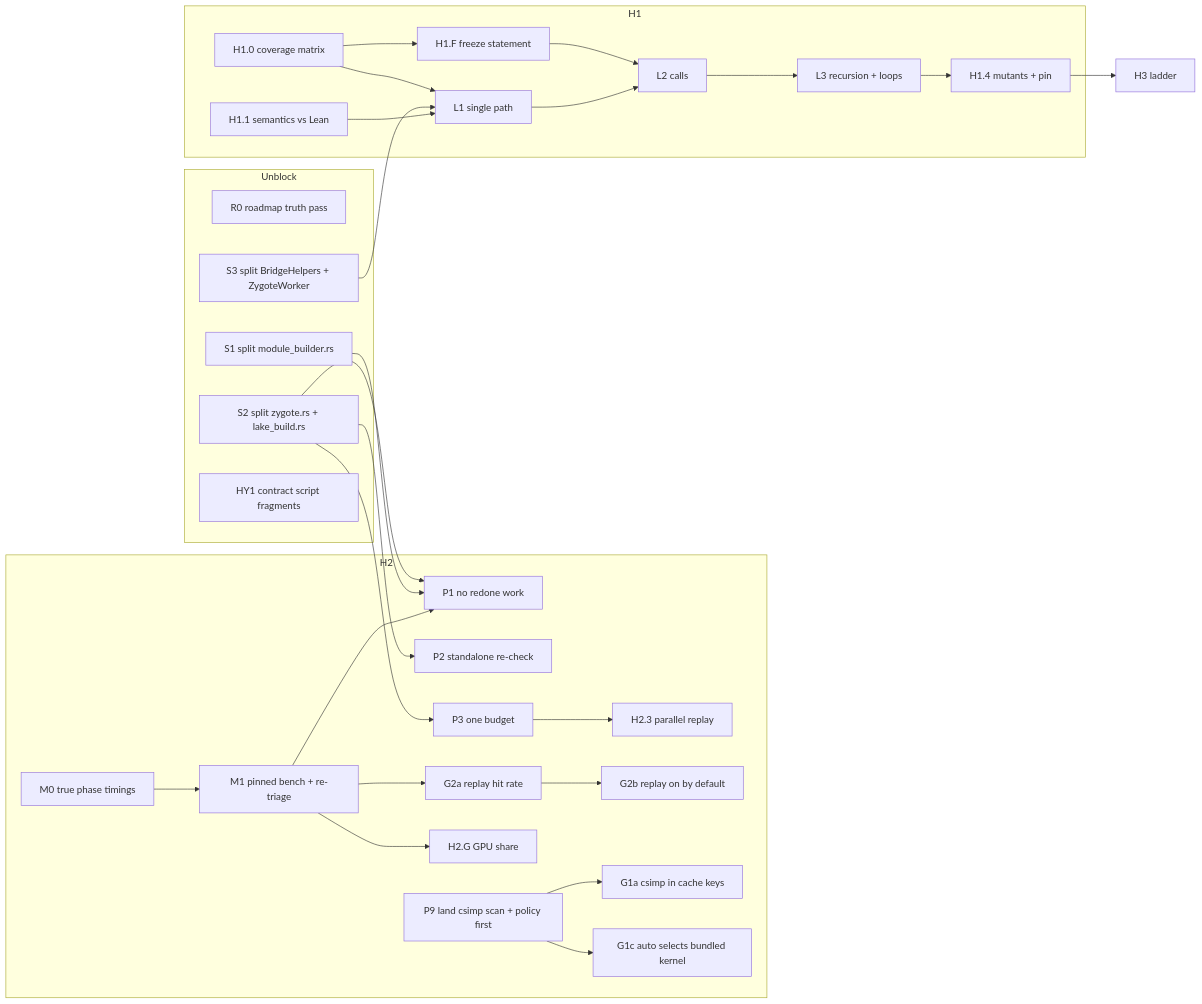
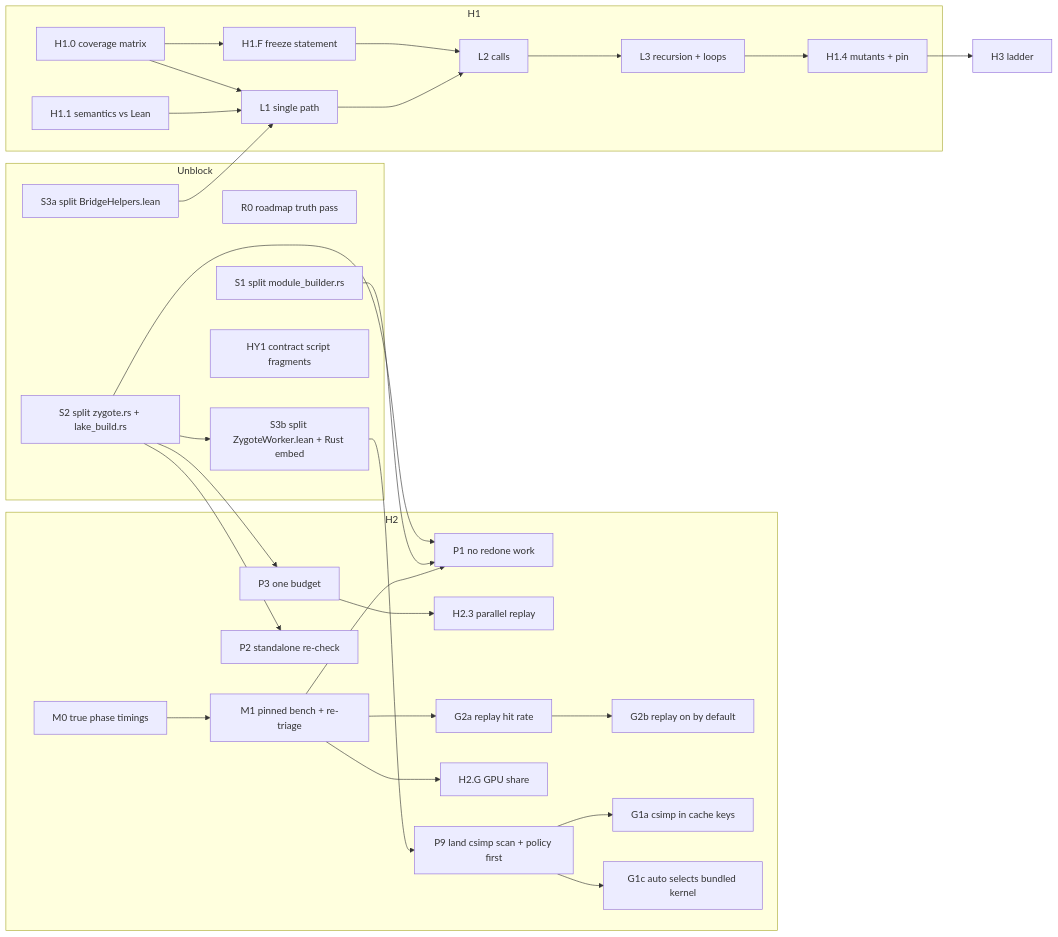
The diagram in roadmap/HORIZONS.md (Th0rgal/turbo-lean), drawn with Mermaid before and after one commit. The commit also changed other lines of this file and 4 other files, not shown here.

````diff
--- a/roadmap/HORIZONS.md
+++ b/roadmap/HORIZONS.md
@@ -99,34 +99,37 @@
 ```mermaid
 flowchart LR
   subgraph Unblock
     R0[R0 roadmap truth pass]
     S1[S1 split module_builder.rs]
     S2[S2 split zygote.rs + lake_build.rs]
-    S3[S3 split BridgeHelpers + ZygoteWorker]
+    S3a[S3a split BridgeHelpers.lean]
+    S3b[S3b split ZygoteWorker.lean + Rust embed]
     HY1[HY1 contract script fragments]
   end
   subgraph H2
     M0[M0 true phase timings] --> M1[M1 pinned bench + re-triage]
     M1 --> P1[P1 no redone work]
     S1 --> P1
     S2 --> P1
     S2 --> P2[P2 standalone re-check]
     S2 --> P3[P3 one budget]
     P3 --> H23[H2.3 parallel replay]
     M1 --> G2a[G2a replay hit rate] --> G2b[G2b replay on by default]
     M1 --> H2G[H2.G GPU share]
     P9[P9 land csimp scan + policy first] --> G1a[G1a csimp in cache keys]
     P9 --> G1c[G1c auto selects bundled kernel]
   end
   subgraph H1
     H10[H1.0 coverage matrix] --> HF[H1.F freeze statement]
     H11[H1.1 semantics vs Lean] --> L1[L1 single path]
-    S3 --> L1
+    S3a --> L1
     H10 --> L1
     L1 --> L2[L2 calls]
     HF --> L2
     L2 --> L3[L3 recursion + loops]
     L3 --> H14[H1.4 mutants + pin]
   end
   H14 --> H3[H3 ladder]
+  S2 --> S3b
+  S3b --> P9
 ```
````
